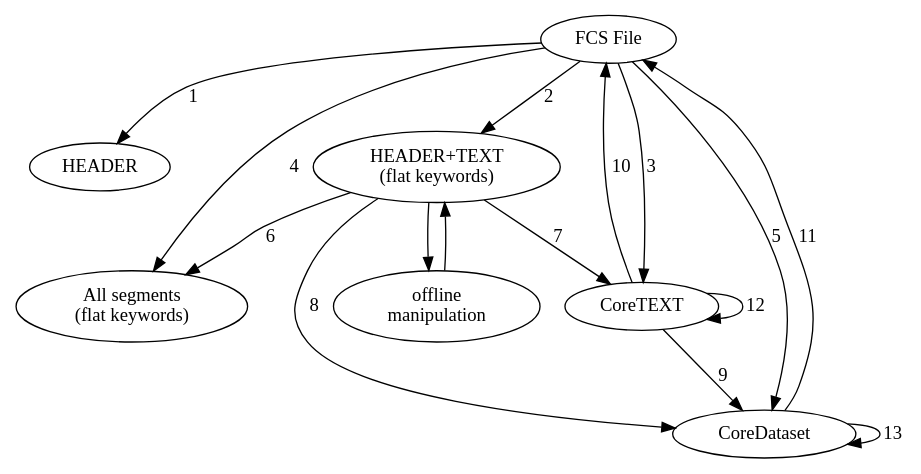
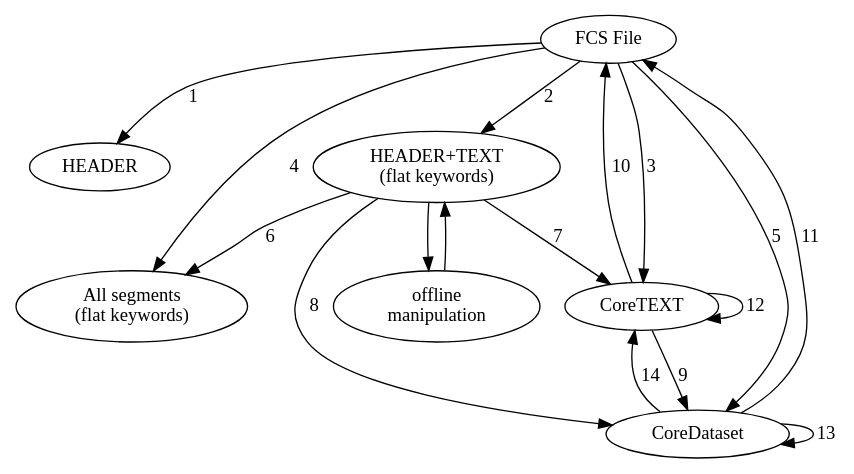
The diagram in pyreflow/docs/source/workflow.rst (usnistgov/fireflow), drawn with Graphviz before and after one commit. The commit also changed other lines of this file, not shown here.

Commit message:
ADD to_test to workflow

```diff
--- a/pyreflow/docs/source/workflow.rst
+++ b/pyreflow/docs/source/workflow.rst
@@ -6,24 +6,25 @@
 .. graphviz::
 
    digraph G {
        "FCS File" -> HEADER [label = "1"];
        "FCS File" -> "HEADER+TEXT\n(flat keywords)" [label = "2"];
        "FCS File" -> CoreTEXT [label = "3"];
        "FCS File" -> "All segments\n(flat keywords)" [label = "4"];
        "FCS File" -> CoreDataset [label = "5"];
 
        "HEADER+TEXT\n(flat keywords)" -> "All segments\n(flat keywords)" [label = "6"];
        "HEADER+TEXT\n(flat keywords)" -> CoreTEXT [label = "7"];
        "HEADER+TEXT\n(flat keywords)" -> CoreDataset [label = "8"];
 
        CoreTEXT -> CoreDataset [label = "9"];
 
        CoreTEXT -> "FCS File" [label = "10"];
        CoreDataset -> "FCS File" [label = "11"];
 
        CoreTEXT -> CoreTEXT [label = "12"];
        CoreDataset -> CoreDataset [label = "13"];
+       CoreDataset -> CoreTEXT [label = "14"];
 
        "HEADER+TEXT\n(flat keywords)" -> "offline\nmanipulation";
        "offline\nmanipulation" -> "HEADER+TEXT\n(flat keywords)";
    }
```
